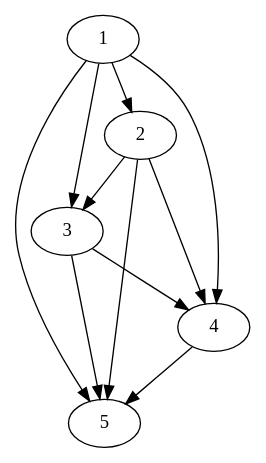
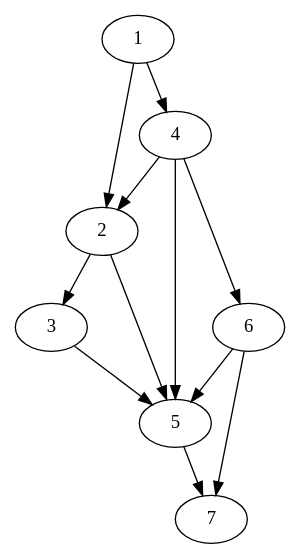
Before and after one commit to gabrieldickert/graphenundnetzwerke: the diagram in dot/test.dot, drawn with Graphviz. The commit also changed 6 other files, not shown here.

```diff
--- a/dot/test.dot
+++ b/dot/test.dot
@@ -1,12 +1,13 @@
 digraph g {
 1 -> 2
-1 -> 3
+2 -> 3
 1 -> 4
-1 -> 5
-2 -> 3
-2 -> 4
+4 -> 2
 2 -> 5
-3 -> 4
+4 -> 5
+4 -> 6
+6 -> 5
+5 -> 7
+6 -> 7
 3 -> 5
-4 -> 5
 }
```
